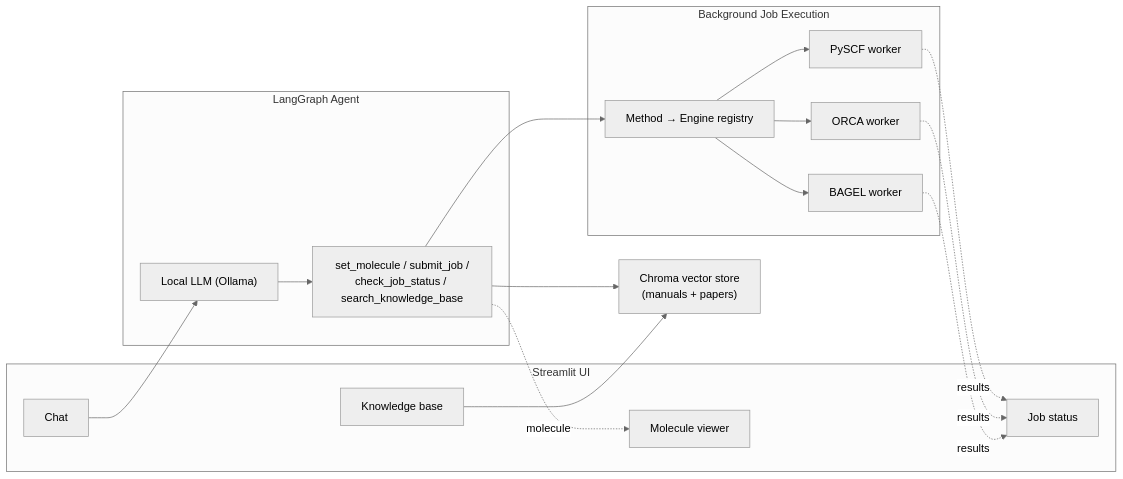
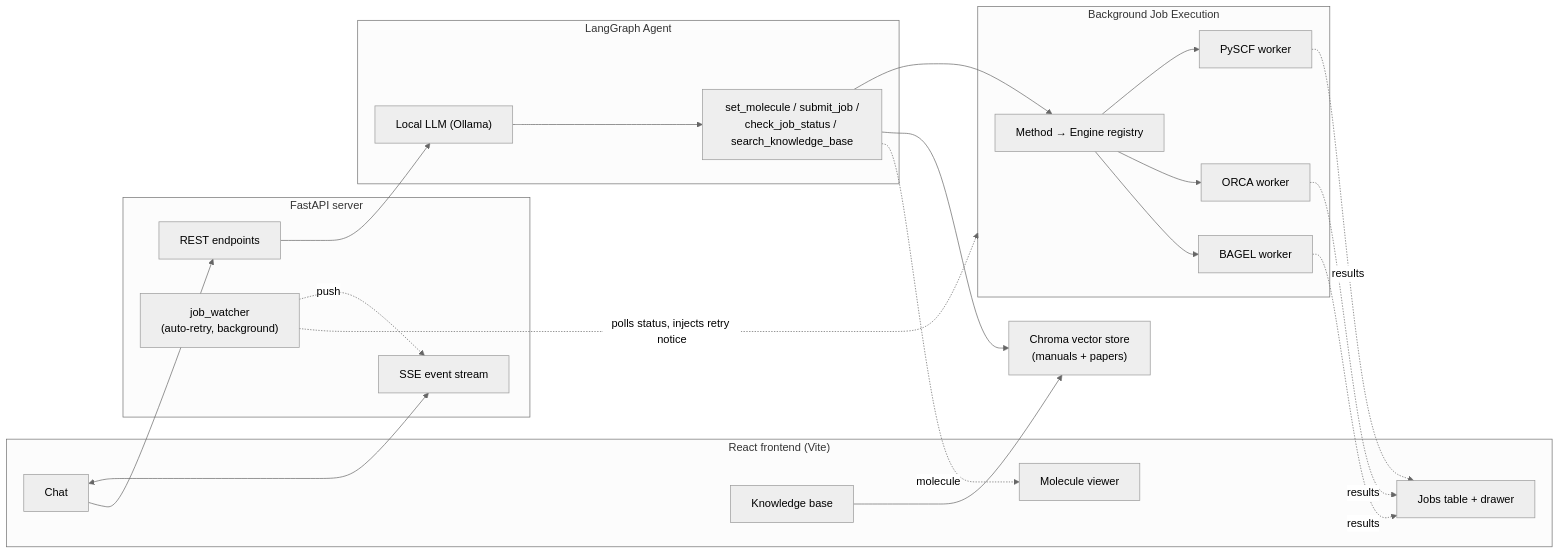
One commit to dakshitha-a/NexusQC changed the diagram in README.md. Above: the diagram before and after it, drawn with Mermaid (neutral theme). The commit also changed other lines of this file and 64 other files, not shown here.

````diff
--- a/README.md
+++ b/README.md
@@ -28,33 +34,42 @@
 ```mermaid
 flowchart LR
-    subgraph UI["Streamlit UI"]
+    subgraph UI["React frontend (Vite)"]
         Chat[Chat]
         MolPanel[Molecule viewer]
-        JobPanel[Job status]
+        JobPanel[Jobs table + drawer]
         KBPanel[Knowledge base]
+    end
+
+    subgraph API["FastAPI server"]
+        REST["REST endpoints"]
+        SSE["SSE event stream"]
+        Watcher["job_watcher\n(auto-retry, background)"]
     end
 
     subgraph Agent["LangGraph Agent"]
         LLM["Local LLM (Ollama)"]
         Tools["set_molecule / submit_job /\ncheck_job_status / search_knowledge_base"]
     end
 
     subgraph Jobs["Background Job Execution"]
         Registry["Method → Engine registry"]
         PySCF["PySCF worker"]
         ORCA["ORCA worker"]
         BAGEL["BAGEL worker"]
     end
 
     RAG["Chroma vector store\n(manuals + papers)"]
 
-    Chat --> LLM --> Tools
+    Chat <--> SSE
+    Chat --> REST --> LLM --> Tools
     Tools --> Registry
     Registry --> PySCF
     Registry --> ORCA
     Registry --> BAGEL
     Tools --> RAG
+    Watcher -.polls status, injects retry notice.-> Jobs
+    Watcher -.push.-> SSE
     PySCF & ORCA & BAGEL -.results.-> JobPanel
     Tools -.molecule.-> MolPanel
     KBPanel --> RAG
 ```
````
